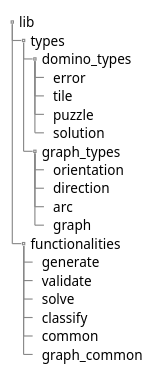
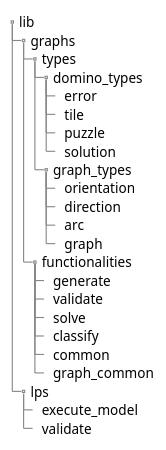
Before and after one commit to DominoOrg/domino-core: the diagram in plant_uml/lib_structure.puml, drawn with PlantUML. The commit also changed 25 other files, not shown here.

```diff
--- a/plant_uml/lib_structure.puml
+++ b/plant_uml/lib_structure.puml
@@ -1,25 +1,29 @@
 @startsalt lib_structure
 {
     {T
         +lib
-        ++types
-        +++domino_types
-        ++++error
-        ++++tile
-        ++++puzzle
-        ++++solution
-        +++graph_types
-        ++++orientation
-        ++++direction
-        ++++arc
-        ++++graph
-        ++functionalities
-        +++generate
+        ++graphs
+        +++types
+        ++++domino_types
+        +++++error
+        +++++tile
+        +++++puzzle
+        +++++solution
+        ++++graph_types
+        +++++orientation
+        +++++direction
+        +++++arc
+        +++++graph
+        +++functionalities
+        ++++generate
+        ++++validate
+        ++++solve
+        ++++classify
+        ++++common
+        ++++graph_common
+        ++lps
+        +++execute_model
         +++validate
-        +++solve
-        +++classify
-        +++common
-        +++graph_common
     }
 }
 @endsalt
```
